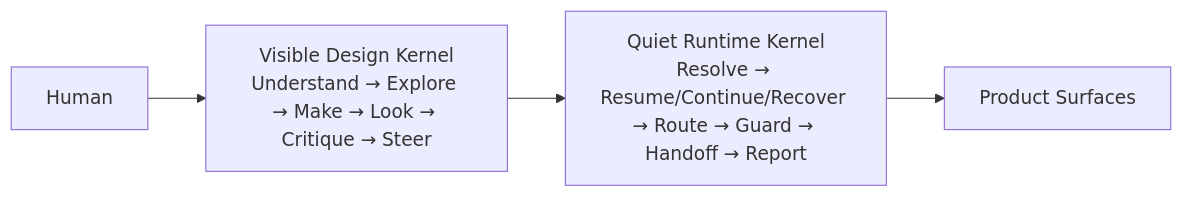
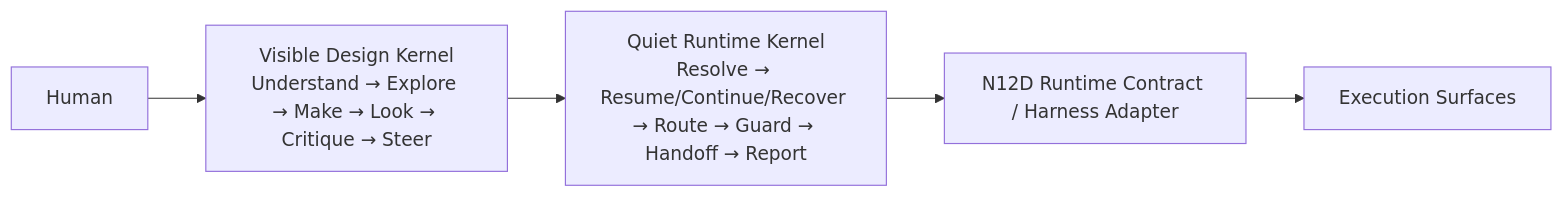
Before and after one commit to Jiaosong/Design: the second of 3 diagrams in product-docs/v0.3/nodes/N10_SESSION_KERNEL.md, drawn with Mermaid. The commit also changed other lines of this file and 21 other files, not shown here.

Commit message:
Add OLEANDER execution fabric architecture v0.3.3 (#717)

````diff
--- a/product-docs/v0.3/nodes/N10_SESSION_KERNEL.md
+++ b/product-docs/v0.3/nodes/N10_SESSION_KERNEL.md
@@ -38,6 +38,7 @@
 ```mermaid
 flowchart LR
     U[Human] --> V[Visible Design Kernel<br/>Understand → Explore → Make → Look → Critique → Steer]
     V --> Q[Quiet Runtime Kernel<br/>Resolve → Resume/Continue/Recover → Route → Guard → Handoff → Report]
-    Q --> P[Product Surfaces]
+    Q --> R[N12D Runtime Contract / Harness Adapter]
+    R --> P[Execution Surfaces]
 ```
````
